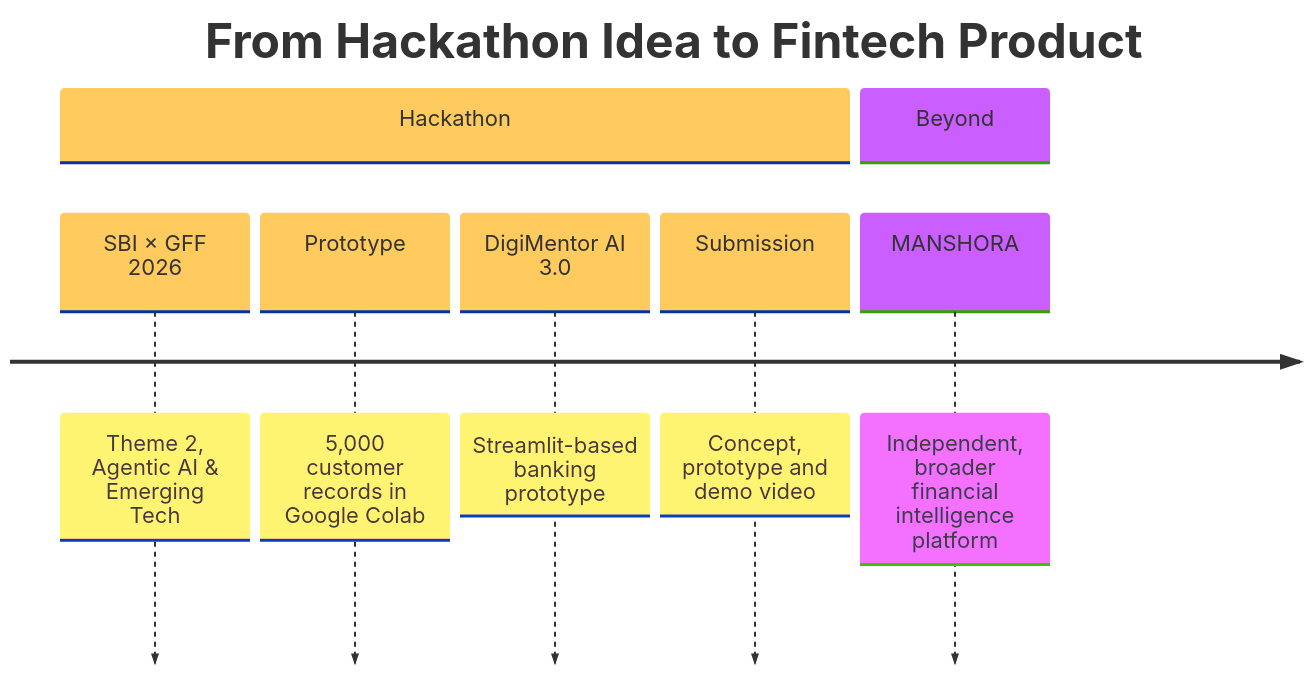
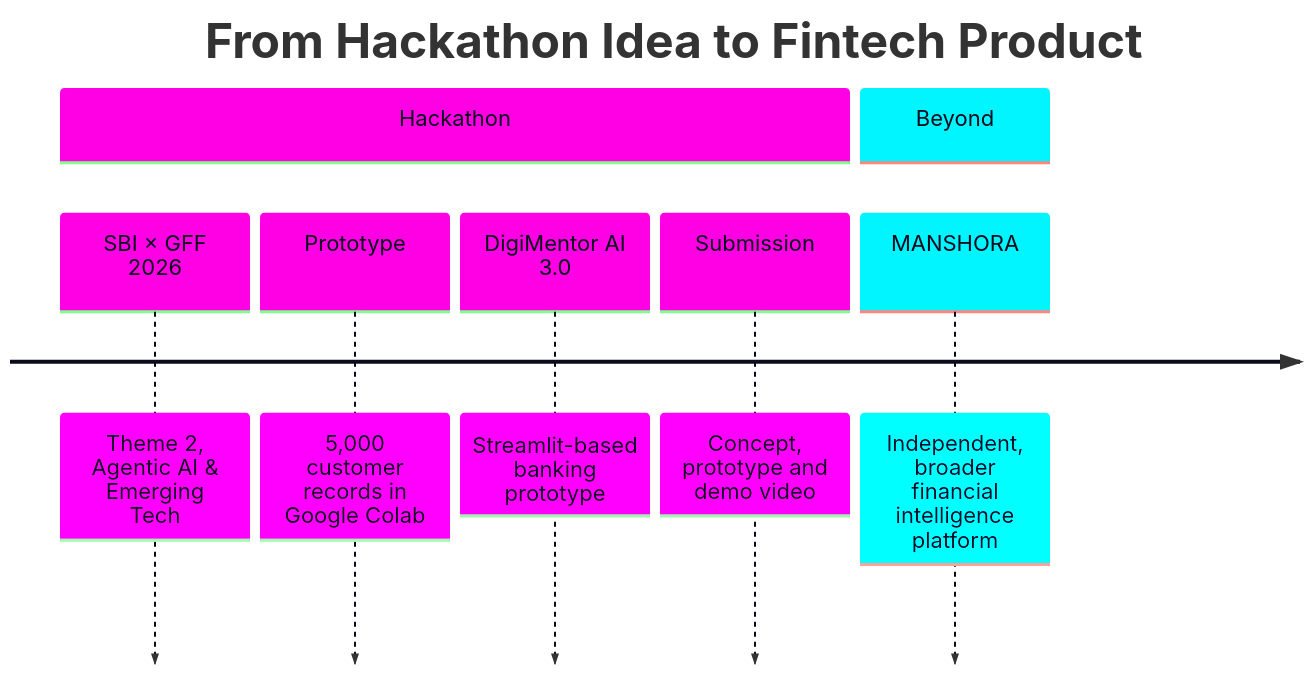
Before and after one commit to Mansi232323/MANSHORA: the second of 13 diagrams in README.md, drawn with Mermaid. The commit also changed other lines of this file, not shown here.

````diff
--- a/README.md
+++ b/README.md
@@ -98,12 +98,12 @@
 ```mermaid
-%%{init: {'theme':'base','themeVariables':{'fontSize':'22px'}}}%%
+%%{init: {'theme':'base','themeVariables':{'fontSize':'22px','cScale0':'#ff00e5','cScaleLabel0':'#0b0b1f','cScale1':'#00f5ff','cScaleLabel1':'#0b0b1f','cScale2':'#39ff14','cScaleLabel2':'#0b0b1f','cScale3':'#b026ff','cScaleLabel3':'#0b0b1f','cScale4':'#fff200','cScaleLabel4':'#0b0b1f','cScale5':'#ff6700','cScaleLabel5':'#0b0b1f','cScale6':'#1f51ff','cScaleLabel6':'#0b0b1f','cScale7':'#ff2079','cScaleLabel7':'#0b0b1f','cScale8':'#00ffa3','cScaleLabel8':'#0b0b1f','cScale9':'#ff9e00','cScaleLabel9':'#0b0b1f','cScale10':'#7df9ff','cScaleLabel10':'#0b0b1f','cScale11':'#ff61f6','cScaleLabel11':'#0b0b1f'}}}%%
 timeline
     title From Hackathon Idea to Fintech Product
     section Hackathon
         SBI × GFF 2026 : Theme 2, Agentic AI & Emerging Tech
         Prototype : 5,000 customer records in Google Colab
         DigiMentor AI 3.0 : Streamlit-based banking prototype
         Submission : Concept, prototype and demo video
     section Beyond
         MANSHORA : Independent, broader financial intelligence platform
 ```
````
